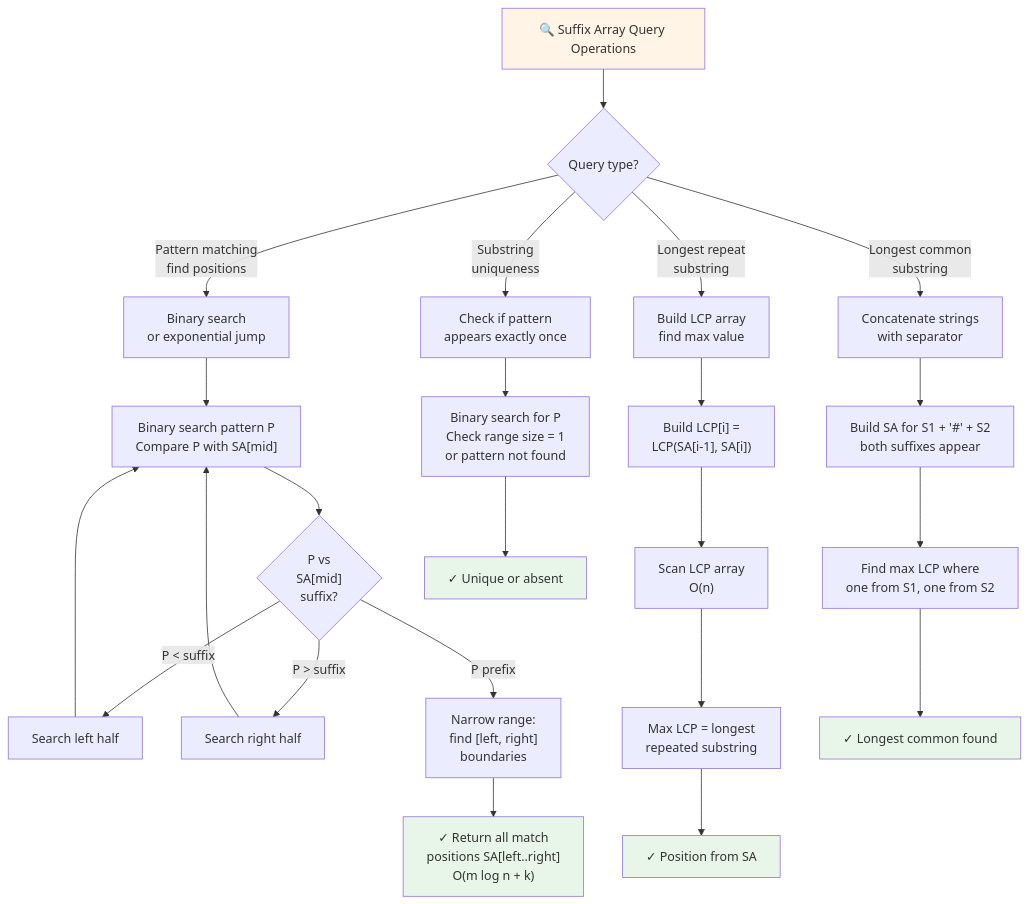
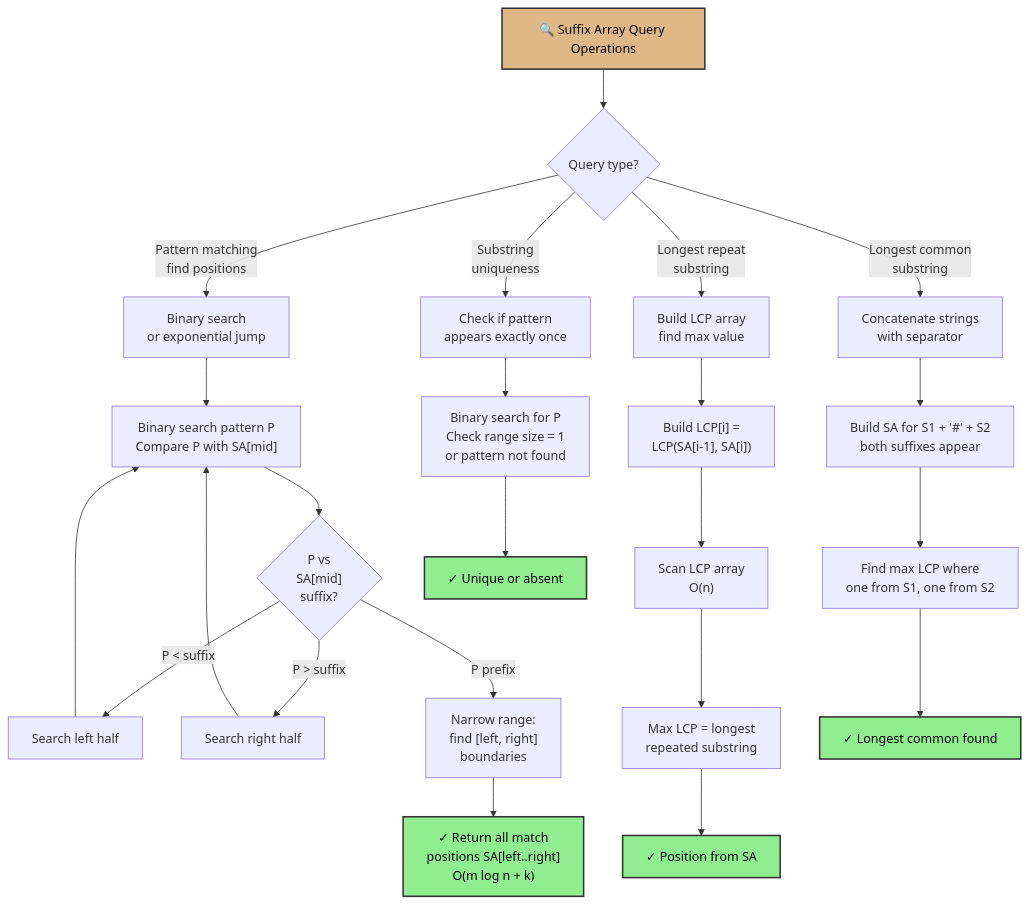
The third of 4 diagrams in docs/advanced_ds/suffix_array.md (souradeepta/interviewprep), drawn with Mermaid before and after one commit. The commit also changed other lines of this file and 31 other files, not shown here.

Commit message:
updated graphs

````diff
--- a/docs/advanced_ds/suffix_array.md
+++ b/docs/advanced_ds/suffix_array.md
@@ -162,31 +162,31 @@
 ```mermaid
 flowchart TD
     A["🔍 Suffix Array Query Operations"] --> B{Query type?}
     B -->|Pattern matching<br/>find positions| C["Binary search<br/>or exponential jump"]
     B -->|Longest repeat<br/>substring| D["Build LCP array<br/>find max value"]
     B -->|Longest common<br/>substring| E["Concatenate strings<br/>with separator"]
     B -->|Substring<br/>uniqueness| F["Check if pattern<br/>appears exactly once"]
     C --> G["Binary search pattern P<br/>Compare P with SA[mid]"]
     G --> H{"P vs<br/>SA[mid]<br/>suffix?"}
     H -->|P < suffix| I["Search left half"]
     H -->|P > suffix| J["Search right half"]
     H -->|P prefix| K["Narrow range:<br/>find [left, right]<br/>boundaries"]
     I --> G
     J --> G
     K --> L["✓ Return all match<br/>positions SA[left..right]<br/>O(m log n + k)"]
     D --> M["Build LCP[i] =<br/>LCP(SA[i-1], SA[i])"]
     M --> N["Scan LCP array<br/>O(n)"]
     N --> O["Max LCP = longest<br/>repeated substring"]
     O --> P["✓ Position from SA"]
     E --> Q["Build SA for S1 + '#' + S2<br/>both suffixes appear"]
     Q --> R["Find max LCP where<br/>one from S1, one from S2"]
     R --> S["✓ Longest common found"]
     F --> T["Binary search for P<br/>Check range size = 1<br/>or pattern not found"]
     T --> U["✓ Unique or absent"]
     
-    style A fill:#fff4e6
-    style L fill:#e8f5e9
-    style P fill:#e8f5e9
-    style S fill:#e8f5e9
-    style U fill:#e8f5e9
+    style A fill:#deb887,color:#000,stroke:#333,stroke-width:2px
+    style L fill:#90ee90,color:#000,stroke:#333,stroke-width:2px
+    style P fill:#90ee90,color:#000,stroke:#333,stroke-width:2px
+    style S fill:#90ee90,color:#000,stroke:#333,stroke-width:2px
+    style U fill:#90ee90,color:#000,stroke:#333,stroke-width:2px
 ```
````
